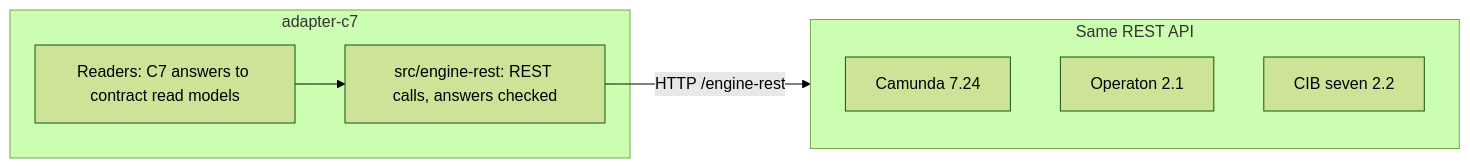
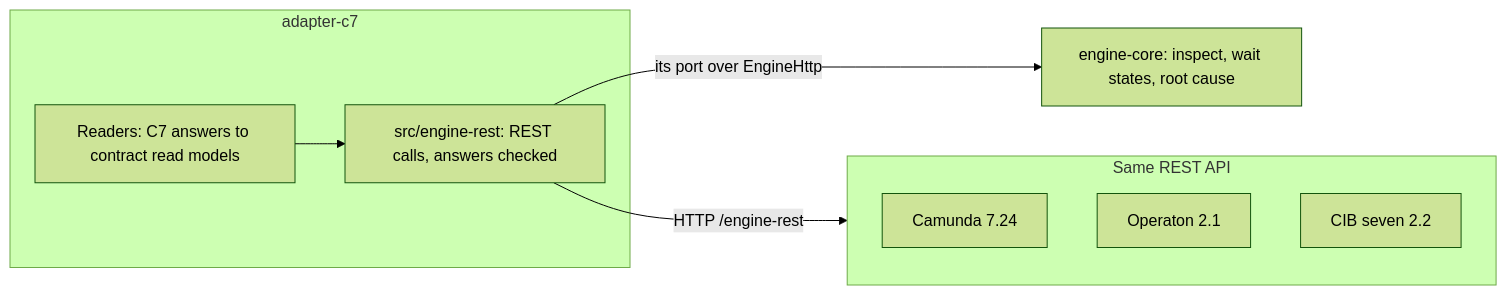
One commit to Miragon/pulse changed the fourth of 7 diagrams in apps/vscode/docs/architecture-overview.md. Above: the diagram before and after it, drawn with Mermaid (forest theme). The commit also changed other lines of this file and 59 other files, not shown here.

````diff
--- a/apps/vscode/docs/architecture-overview.md
+++ b/apps/vscode/docs/architecture-overview.md
@@ -145,14 +148,16 @@
 ```mermaid
 flowchart LR
   subgraph adapter [adapter-c7]
     readers[Readers: C7 answers to contract read models]
     rest[src/engine-rest: REST calls, answers checked]
   end
+  core["engine-core: inspect, wait states, root cause"]
   subgraph family [Same REST API]
     camunda7[Camunda 7.24]
     operaton[Operaton 2.1]
     cibseven[CIB seven 2.2]
   end
   readers --> rest
+  rest -- its port over EngineHttp --> core
   rest -- HTTP /engine-rest --> family
 ```
````
